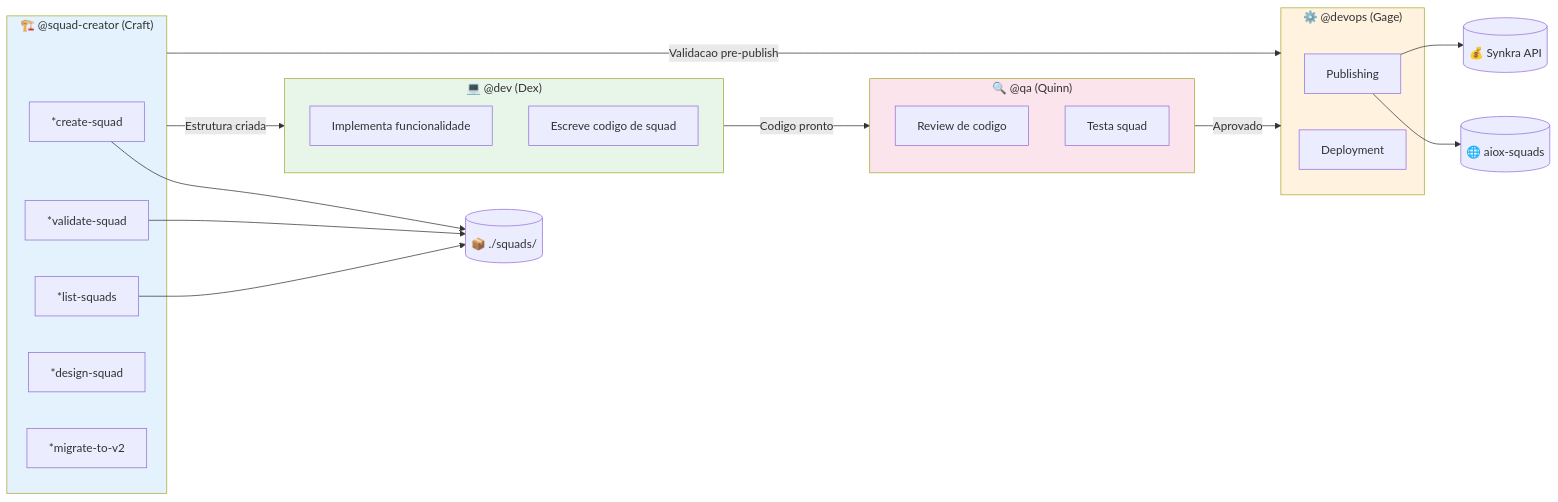
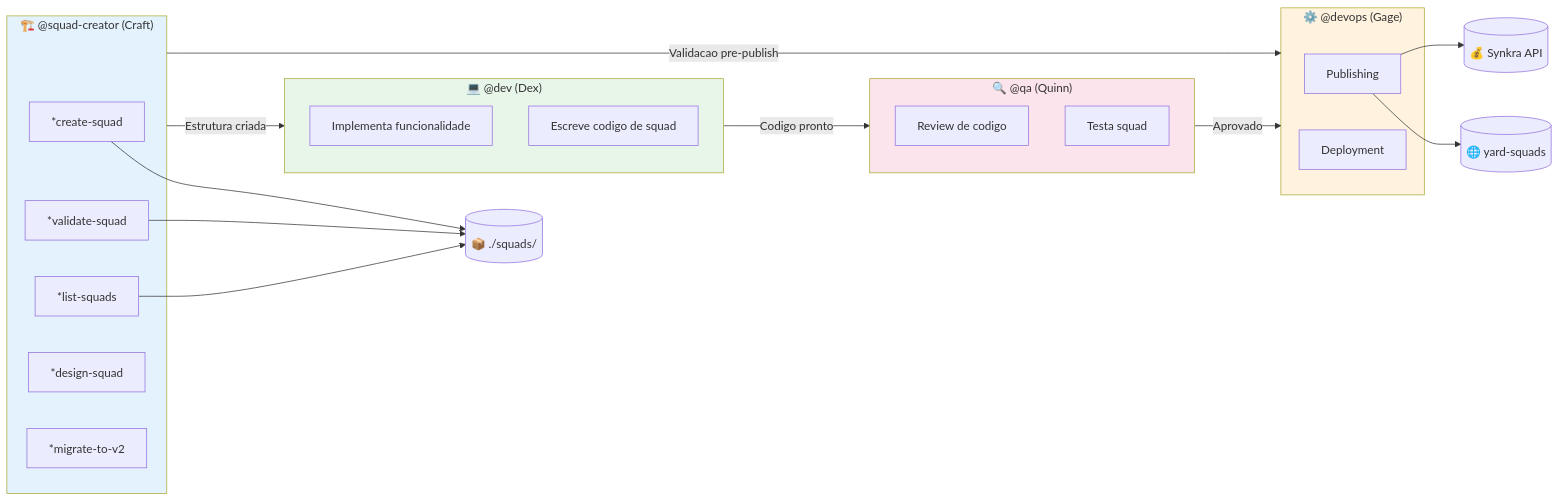
One commit to ernesto-langa/yard-core changed the fifth of 6 diagrams in docs/guides/agents/SQUAD-CREATOR-SYSTEM.md. Above: the diagram before and after it, drawn with Mermaid. The commit also changed other lines of this file and 529 other files, not shown here.

````diff
--- a/docs/guides/agents/SQUAD-CREATOR-SYSTEM.md
+++ b/docs/guides/agents/SQUAD-CREATOR-SYSTEM.md
@@ -427,45 +427,45 @@
 ```mermaid
 flowchart LR
     subgraph SQUAD_CREATOR["🏗️ @squad-creator (Craft)"]
         SC_CREATE["*create-squad"]
         SC_VALIDATE["*validate-squad"]
         SC_LIST["*list-squads"]
         SC_DESIGN["*design-squad"]
         SC_MIGRATE["*migrate-to-v2"]
     end
 
     subgraph DEV["💻 @dev (Dex)"]
         DEV_IMPL["Implementa funcionalidade"]
         DEV_CODE["Escreve codigo de squad"]
     end
 
     subgraph QA["🔍 @qa (Quinn)"]
         QA_REVIEW["Review de codigo"]
         QA_TEST["Testa squad"]
     end
 
     subgraph DEVOPS["⚙️ @devops (Gage)"]
         DEVOPS_PUB["Publishing"]
         DEVOPS_DEPLOY["Deployment"]
     end
 
     SQUAD_CREATOR -->|"Estrutura criada"| DEV
     DEV -->|"Codigo pronto"| QA
     QA -->|"Aprovado"| DEVOPS
     SQUAD_CREATOR -->|"Validacao pre-publish"| DEVOPS
 
     SQUADS[("📦 ./squads/")]
-    AIOX_SQUADS[("🌐 aiox-squads")]
+    YARD_SQUADS[("🌐 yard-squads")]
     SYNKRA[("💰 Synkra API")]
 
     SC_CREATE --> SQUADS
     SC_VALIDATE --> SQUADS
     SC_LIST --> SQUADS
-    DEVOPS_PUB --> AIOX_SQUADS
+    DEVOPS_PUB --> YARD_SQUADS
     DEVOPS_PUB --> SYNKRA
 
     style SQUAD_CREATOR fill:#e3f2fd
     style DEV fill:#e8f5e9
     style QA fill:#fce4ec
     style DEVOPS fill:#fff3e0
 ```
````
